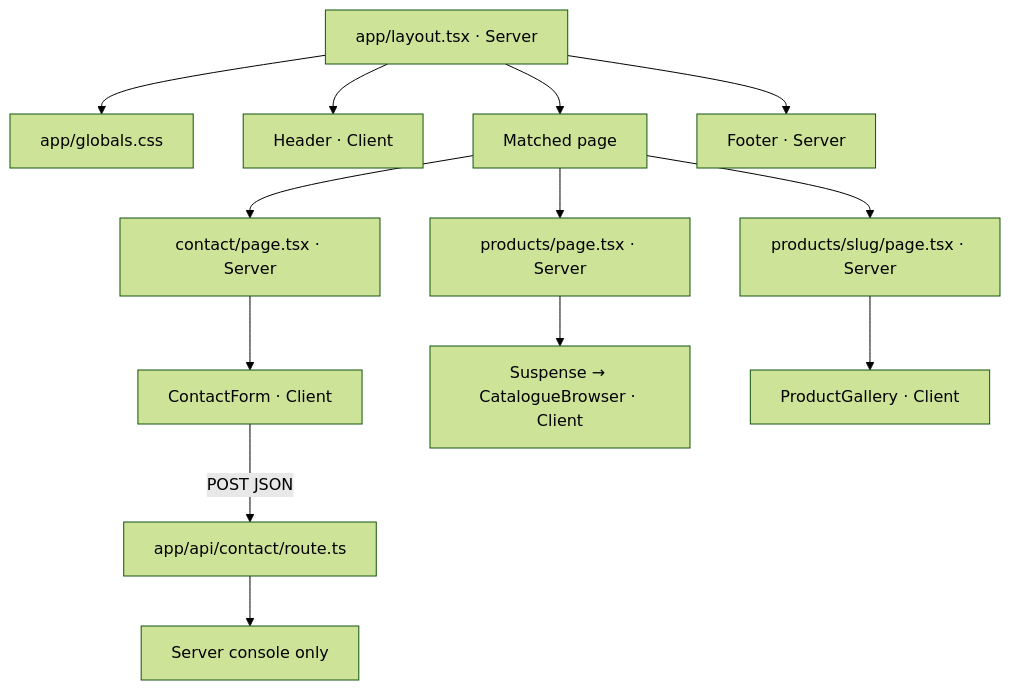
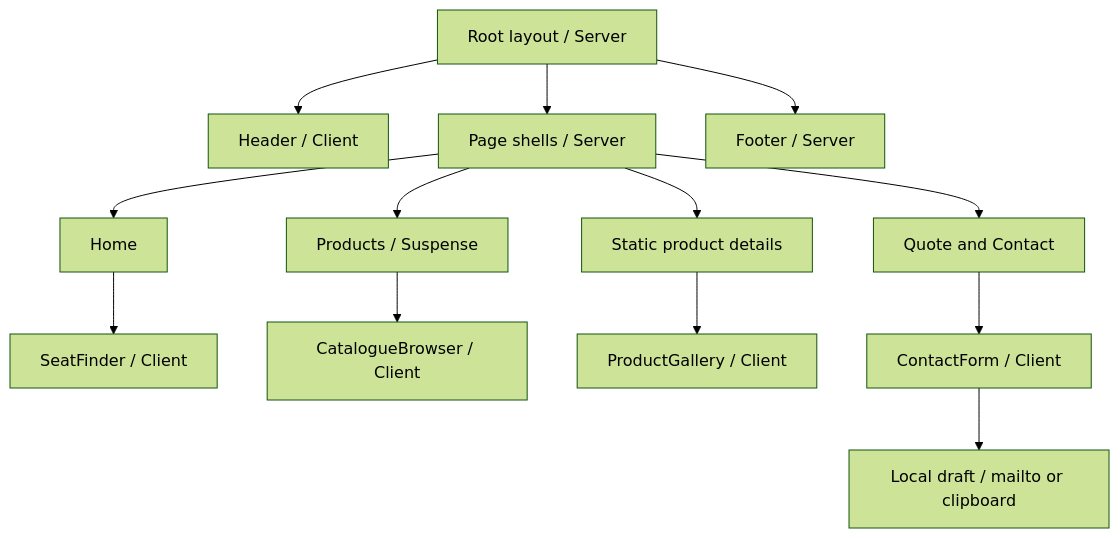
Before and after one commit to selva1011/nws: the diagram in docs/ai-development/architecture.md, drawn with Mermaid (forest theme). The commit also changed other lines of this file and 32 other files, not shown here.

Commit message:
Refactor documentation and improve known issues, performance, and security sections; add SeatFinder component for enhanced user experience

````diff
--- a/docs/ai-development/architecture.md
+++ b/docs/ai-development/architecture.md
@@ -7,15 +5,15 @@
 ```mermaid
 flowchart TD
-  Layout[app/layout.tsx · Server] --> CSS[app/globals.css]
-  Layout --> Header[Header · Client]
-  Layout --> Pages[Matched page]
-  Layout --> Footer[Footer · Server]
-  Pages --> Contact[contact/page.tsx · Server]
-  Contact --> Form[ContactForm · Client]
-  Form -->|POST JSON| API[app/api/contact/route.ts]
-  API --> Log[Server console only]
-  Pages --> Products[products/page.tsx · Server]
-  Products --> Suspense[Suspense → CatalogueBrowser · Client]
-  Pages --> Detail[products/slug/page.tsx · Server]
-  Detail --> Gallery[ProductGallery · Client]
+  Layout[Root layout / Server] --> Header[Header / Client]
+  Layout --> Pages[Page shells / Server]
+  Layout --> Footer[Footer / Server]
+  Pages --> Home[Home]
+  Home --> Finder[SeatFinder / Client]
+  Pages --> Products[Products / Suspense]
+  Products --> Catalogue[CatalogueBrowser / Client]
+  Pages --> Detail[Static product details]
+  Detail --> Gallery[ProductGallery / Client]
+  Pages --> Enquiry[Quote and Contact]
+  Enquiry --> Form[ContactForm / Client]
+  Form --> Draft[Local draft / mailto or clipboard]
 ```
````
